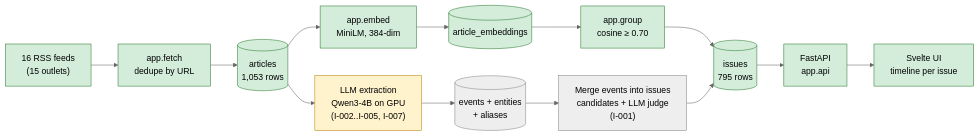
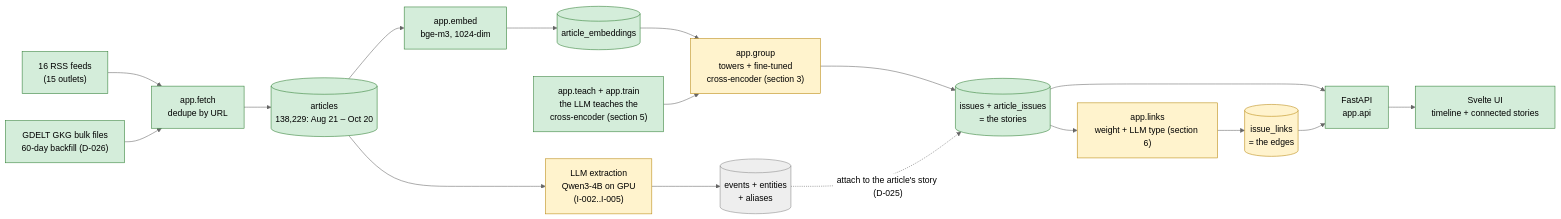
One commit to joybratasarkar/smriti changed the first of 11 diagrams in docs/WORKFLOW.md. Above: the diagram before and after it, drawn with Mermaid (neutral theme). The commit also changed other lines of this file, not shown here.

First line of the commit message:
Redraw workflow diagrams for the story model as built

````diff
--- a/docs/WORKFLOW.md
+++ b/docs/WORKFLOW.md
@@ -9,23 +11,27 @@
 ```mermaid
 flowchart LR
     RSS["16 RSS feeds<br/>(15 outlets)"] --> F["app.fetch<br/>dedupe by URL"]
-    F --> A[("articles<br/>1,053 rows")]
-    A --> E["app.embed<br/>MiniLM, 384-dim"]
+    GD["GDELT GKG bulk files<br/>60-day backfill (D-026)"] --> F
+    F --> A[("articles<br/>138,229: Aug 21 – Oct 20")]
+    A --> E["app.embed<br/>bge-m3, 1024-dim"]
     E --> V[("article_embeddings")]
-    V --> G["app.group<br/>cosine ≥ 0.70"]
-    G --> I[("issues<br/>795 rows")]
-    I --> API["FastAPI<br/>app.api"] --> UI["Svelte UI<br/>timeline per issue"]
+    V --> G["app.group<br/>towers + fine-tuned<br/>cross-encoder (section 3)"]
+    T["app.teach + app.train<br/>the LLM teaches the<br/>cross-encoder (section 5)"] --> G
+    G --> I[("issues + article_issues<br/>= the stories")]
+    I --> LK["app.links<br/>weight + LLM type (section 6)"]
+    LK --> L[("issue_links<br/>= the edges")]
+    I --> API["FastAPI<br/>app.api"] --> UI["Svelte UI<br/>timeline + connected stories"]
+    L --> API
 
-    A --> X["LLM extraction<br/>Qwen3-4B on GPU<br/>(I-002..I-005, I-007)"]
+    A --> X["LLM extraction<br/>Qwen3-4B on GPU<br/>(I-002..I-005)"]
     X --> EV[("events + entities<br/>+ aliases")]
-    EV --> M["Merge events into issues<br/>candidates + LLM judge<br/>(I-001)"]
-    M --> I
+    EV -. "attach to the article's story (D-025)" .-> I
 
     classDef done fill:#d4edda,stroke:#2e7d32,color:#000
     classDef testing fill:#fff3cd,stroke:#b8860b,color:#000
     classDef planned fill:#eeeeee,stroke:#888,color:#000
     classDef blocked fill:#f8d7da,stroke:#c62828,color:#000
-    class RSS,F,A,E,V,G,I,API,UI done
-    class X testing
-    class EV,M planned
+    class RSS,GD,F,A,E,V,T,I,API,UI done
+    class G,LK,L,X testing
+    class EV planned
 ```
````
